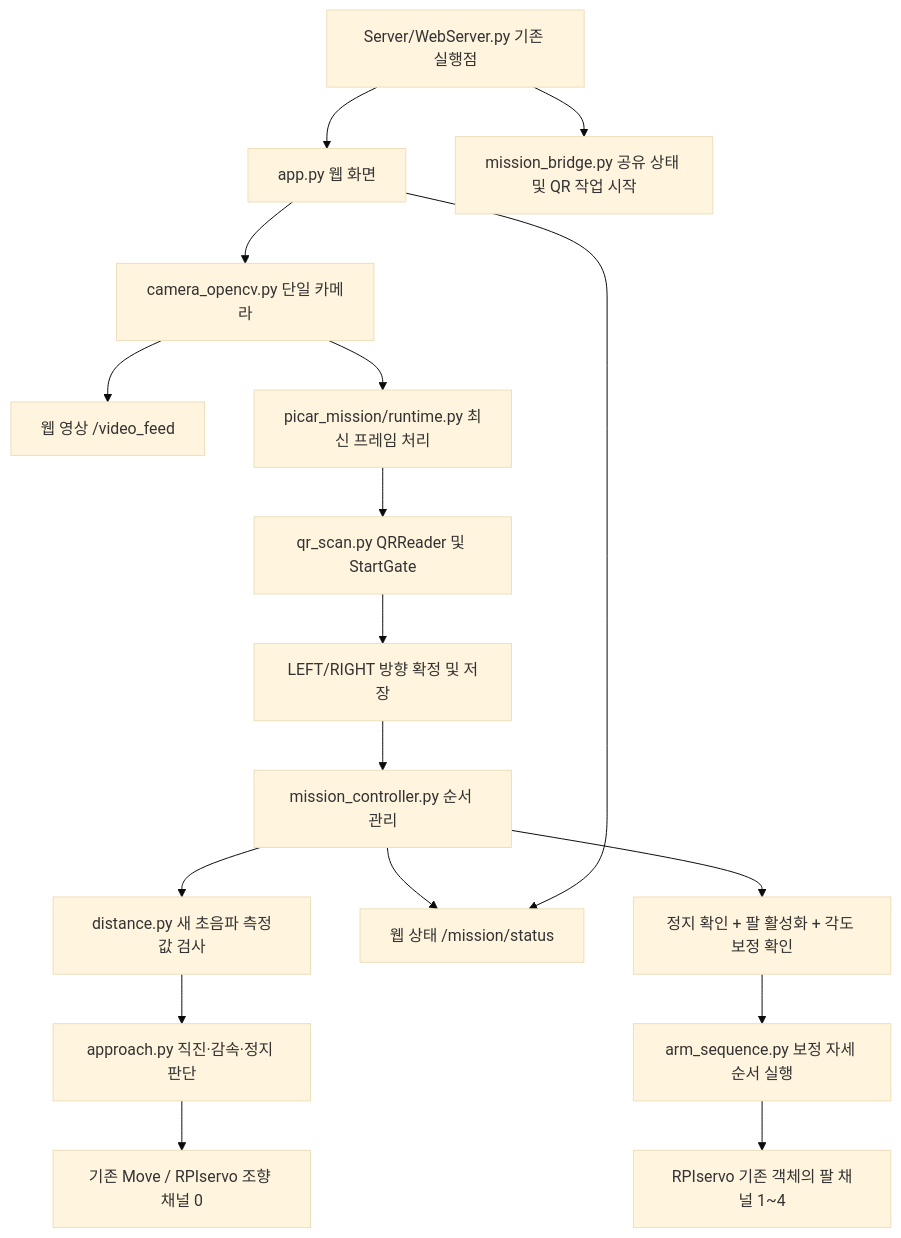
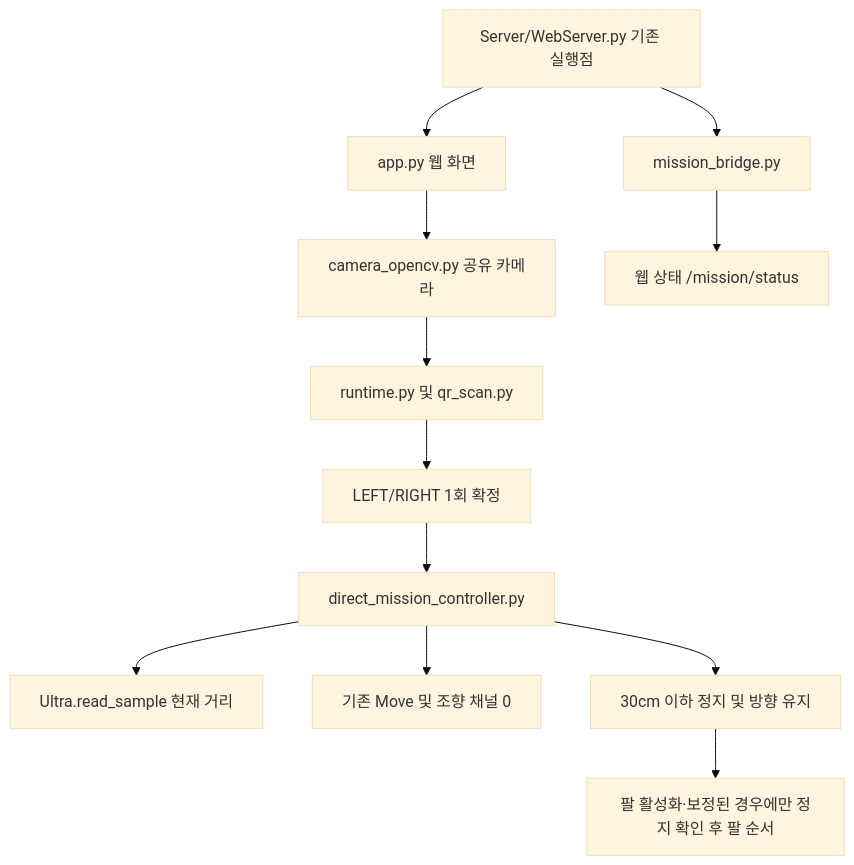
The diagram in README.md (goldpiggg/picar), drawn with Mermaid (base theme) before and after one commit. The commit also changed other lines of this file and 11 other files, not shown here.

````diff
--- a/README.md
+++ b/README.md
@@ -9,19 +24,14 @@
 ```mermaid
 flowchart TD
-    W[Server/WebServer.py 기존 실행점] --> A[app.py 웹 화면]
-    W --> B[mission_bridge.py 공유 상태 및 QR 작업 시작]
-    A --> C[camera_opencv.py 단일 카메라]
-    C --> V[웹 영상 /video_feed]
-    C --> Q[picar_mission/runtime.py 최신 프레임 처리]
-    Q --> R[qr_scan.py QRReader 및 StartGate]
-    R --> S[LEFT/RIGHT 방향 확정 및 저장]
-    S --> M[mission_controller.py 순서 관리]
-    M --> U[distance.py 새 초음파 측정값 검사]
-    U --> T[approach.py 직진·감속·정지 판단]
-    T --> D[기존 Move / RPIservo 조향 채널 0]
-    M --> P[웹 상태 /mission/status]
-    M --> L[정지 확인 + 팔 활성화 + 각도 보정 확인]
-    L --> H[arm_sequence.py 보정 자세 순서 실행]
-    H --> J[RPIservo 기존 객체의 팔 채널 1~4]
-    A --> P
+    W[Server/WebServer.py 기존 실행점] --> B[mission_bridge.py]
+    W --> A[app.py 웹 화면]
+    A --> C[camera_opencv.py 공유 카메라]
+    C --> Q[runtime.py 및 qr_scan.py]
+    Q --> R[LEFT/RIGHT 1회 확정]
+    R --> D[direct_mission_controller.py]
+    D --> U[Ultra.read_sample 현재 거리]
+    D --> M[기존 Move 및 조향 채널 0]
+    D --> S[30cm 이하 정지 및 방향 유지]
+    S --> H[팔 활성화·보정된 경우에만 정지 확인 후 팔 순서]
+    B --> P[웹 상태 /mission/status]
 ```
````
